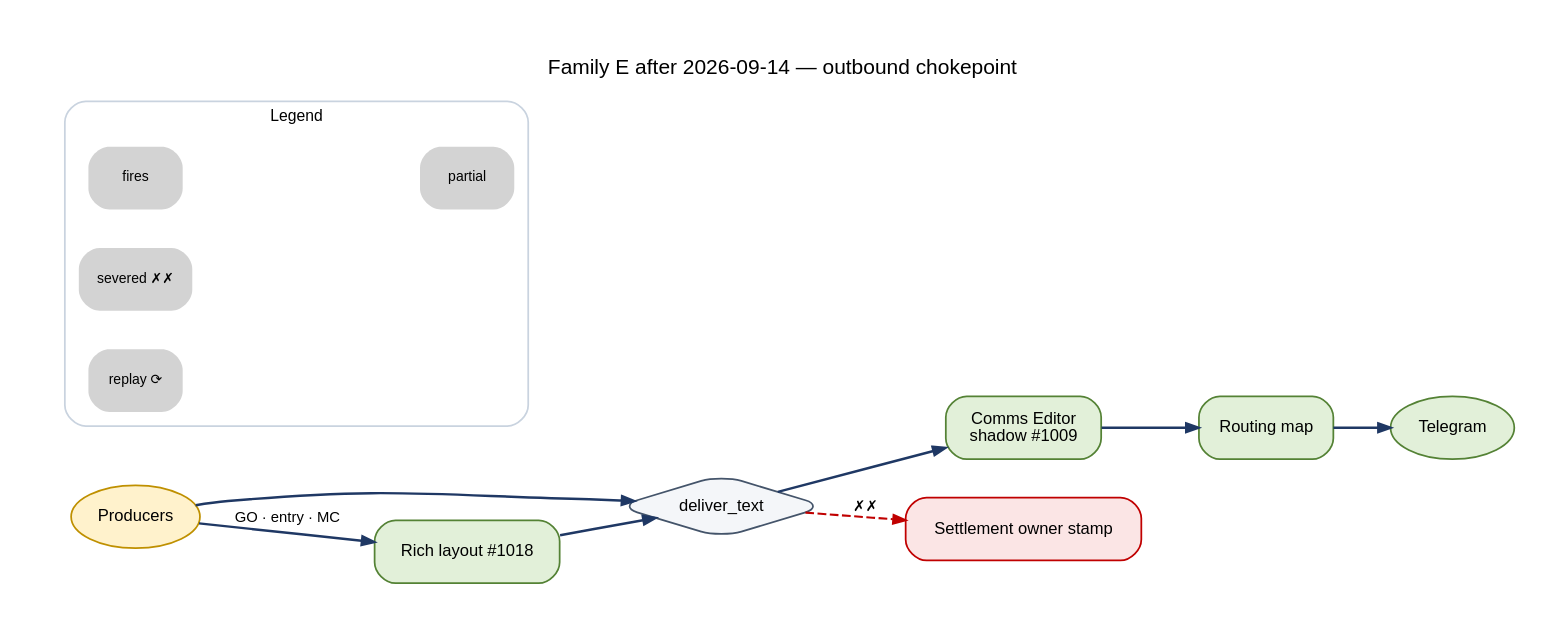
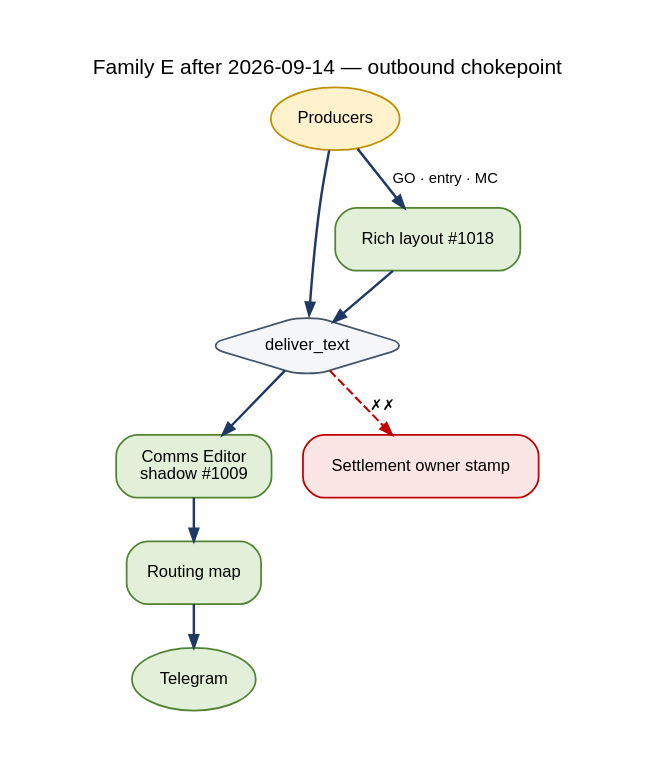
Before and after one commit to PatsKiller/tardeai: the diagram in docs/architecture/lifecycles/LIFECYCLE_FACTBASE_E_COMMS_2026-09-14.md, drawn with Graphviz. The commit also changed 11 other files, not shown here.

First line of the commit message:
docs(architecture): lifecycle flow diagrams top-down with a legend figure; wide diagrams re-laid out

````diff
--- a/docs/architecture/lifecycles/LIFECYCLE_FACTBASE_E_COMMS_2026-09-14.md
+++ b/docs/architecture/lifecycles/LIFECYCLE_FACTBASE_E_COMMS_2026-09-14.md
@@ -21,26 +21,21 @@
 ```dot
 digraph fb_e {
-  graph [rankdir=LR, fontname="Helvetica", fontsize=12, label="Family E after 2026-09-14 — outbound chokepoint", labelloc=t, nodesep=0.3, ranksep=0.45, pad=0.3];
+  graph [rankdir=TB, fontname="Helvetica", fontsize=12, label="Family E after 2026-09-14 — outbound chokepoint", labelloc=t, nodesep=0.25, ranksep=0.32, pad=0.3];
   node [style="rounded,filled", fontname="Helvetica", fontsize=9.5];
   edge [fontname="Helvetica", fontsize=8.5, arrowsize=0.7];
   prod [label="Producers", shape=oval, fillcolor="#FFF2CC", color="#BF9000"];
   chk [label="deliver_text", shape=diamond, fillcolor="#F4F6F9", color="#44546A"];
   editor [label="Comms Editor\nshadow #1009", shape=box, fillcolor="#E2F0D9", color="#548235"];
   rich [label="Rich layout #1018", shape=box, fillcolor="#E2F0D9", color="#548235"];
   route [label="Routing map", shape=box, fillcolor="#E2F0D9", color="#548235"];
   tg [label="Telegram", shape=oval, fillcolor="#E2F0D9", color="#548235"];
   settle [label="Settlement owner stamp", shape=box, fillcolor="#FBE5E5", color="#C00000"];
   prod -> rich [label="GO · entry · MC", color="#1F3864", penwidth=1.4];
   rich -> chk [color="#1F3864", penwidth=1.4];
   prod -> chk [color="#1F3864", penwidth=1.4];
   chk -> editor [color="#1F3864", penwidth=1.4];
   editor -> route [color="#1F3864", penwidth=1.4];
   route -> tg [color="#1F3864", penwidth=1.4];
   chk -> settle [label="✗✗", color="#C00000", style=dashed, penwidth=1.2];
-  subgraph cluster_legend { label="Legend"; fontsize=9; style=rounded; color="#C9D3DF";
-    lg1 [label="fires", shape=plaintext, fontsize=8]; lg2 [label="partial", shape=plaintext, fontsize=8];
-    lg3 [label="severed ✗✗", shape=plaintext, fontsize=8]; lg4 [label="replay ⟳", shape=plaintext, fontsize=8];
-    lg1 -> lg2 [color="#548235", penwidth=1.3, style=invis]; 
-  }
 }
 ```
````
